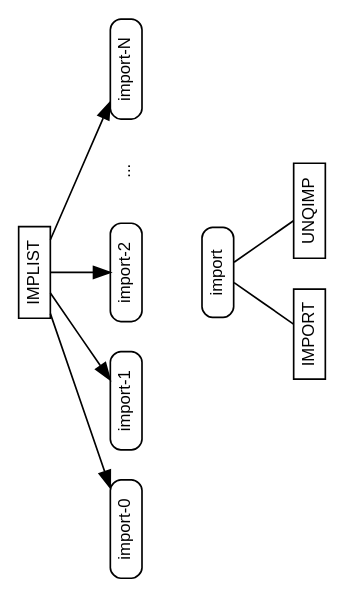
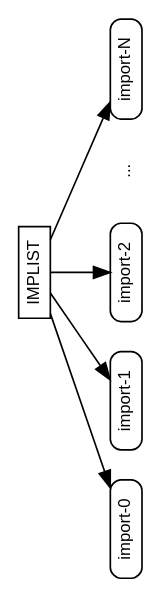
One commit to m2sf/M2-AST-Node-Diagrams changed the diagram in implist.dot. Above: the diagram before and after it, drawn with Graphviz.

Commit message:
separation

```diff
--- a/implist.dot
+++ b/implist.dot
@@ -1,79 +1,69 @@
 /* AST node diagram generator script collection for M2C, M2J and M2Sharp.
  *
  * Copyright (c) 2016 The Modula-2 Software Foundation
  *
  * Author & Maintainer: Benjamin Kowarsch <org.m2sf>
  *
  * @synopsis
  *
  * The M2C, M2J and M2Sharp compilers are multi-dialect Modula-2 translators
  * and compilers respectively targeting C99, Java/JVM and C#/CLR, sharing a
  * common abstract syntax tree (AST) specification.
  *
  * The AST node diagram generator script collection consists of Graphviz DOT
  * descriptions for all AST node types of the common AST specification.
  *
  * The Graphviz dot utility is required to generate the diagrams. 
  * It may be obtained from http://www.graphviz.org/download.php.
  *
  * @repository
  *
  * https://github.com/m2sf/m2-ast-node-diagrams
  *
  * @file
  *
  * implist.dot
  *
  * IMPLIST node diagram.
  *
  * Usage: $ dot implist.dot -Tps > implist.ps
  *
  * @license
  *
  * This is free software: you can redistribute and/or modify it under the
  * terms of the GNU Lesser General Public License (LGPL) either version 2.1
  * or at your choice version 3 as published by the Free Software Foundation.
  * However, you may not alter the copyright, author and license information.
  *
  * It is distributed in the hope that it will be useful,  but WITHOUT
  * ANY WARRANTY; without even the implied warranty of MERCHANTABILITY or
  * FITNESS FOR A PARTICULAR PURPOSE.  Read the license for more details.
  *
  * You should have received a copy of the GNU Lesser General Public License.
  * If not, see <https://www.gnu.org/copyleft/lesser.html>.
  *
  * NB: Components in the domain part of email addresses are in reverse order.
  */
 
 /*** IMPLIST Node ***/
 
 digraph IMPLIST {
   graph [orientation=landscape,fontname=helvetica];
   node [fontname=helvetica,fontsize=10,shape=box,height=0.25];
   
-  /* IMPLIST */
   node [style=solid];
   edge [arrowhead=normal];
   IMPLIST -> { imp0 imp1 imp2 };
   edge [style=invis]; node [width=0]; nodesep=0;
   IMPLIST -> ellipsis0;
   edge [style=solid]; node [width=0.75]; nodesep=0.25;
   IMPLIST -> impN;
   imp0 [label="import-0",style=rounded];
   imp1 [label="import-1",style=rounded];
   imp2 [label="import-2",style=rounded];
   ellipsis0 [label="..."];
   ellipsis0 [shape=none];
   impN [label="import-N",style=rounded];
-  
-  /* definition */
-  edge [style=invis];
-  node [style=rounded];
-  imp2 -> import
-  node [style=solid];
-  edge [style=solid,arrowhead=none];
-  import -> { IMPORT UNQIMP };
-  import [style=rounded];
 }
 
 /* END OF FILE */
```
